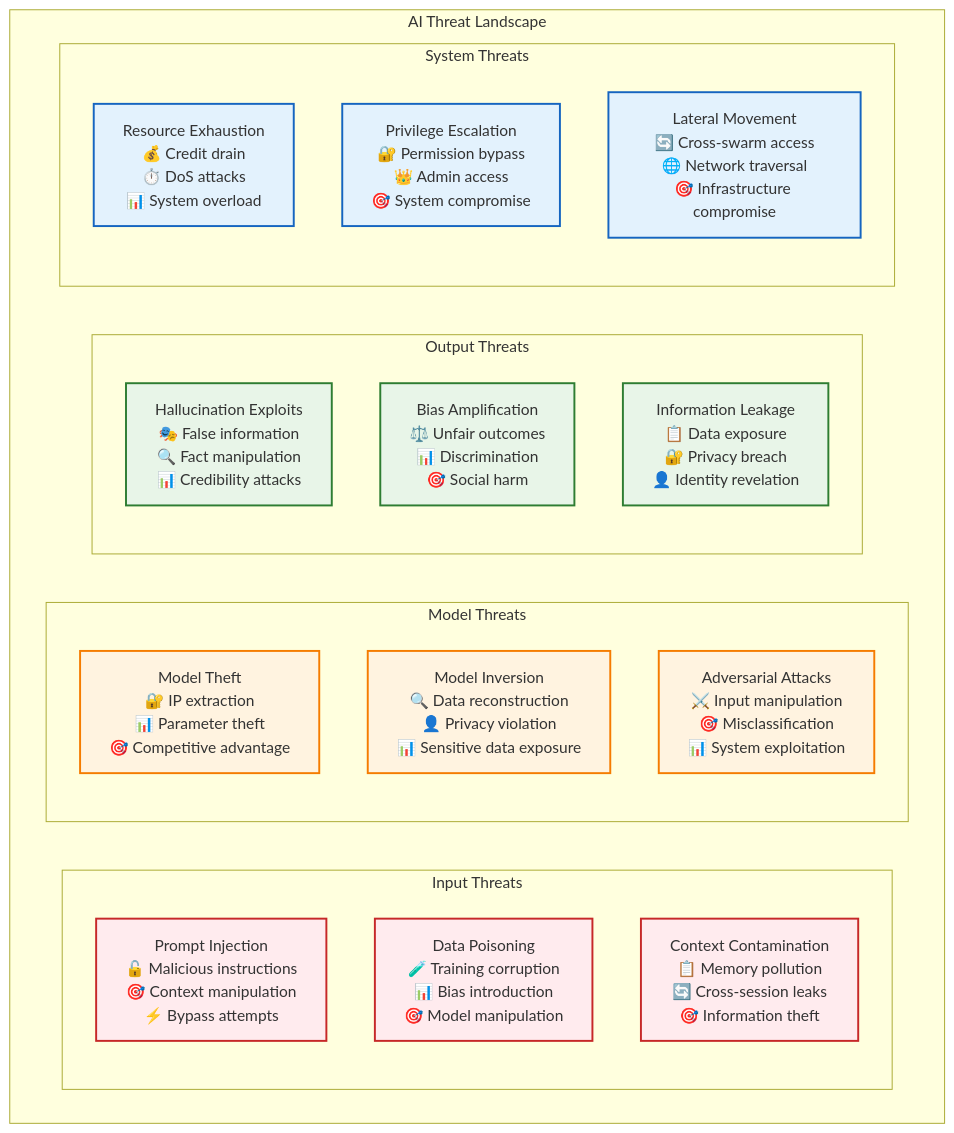
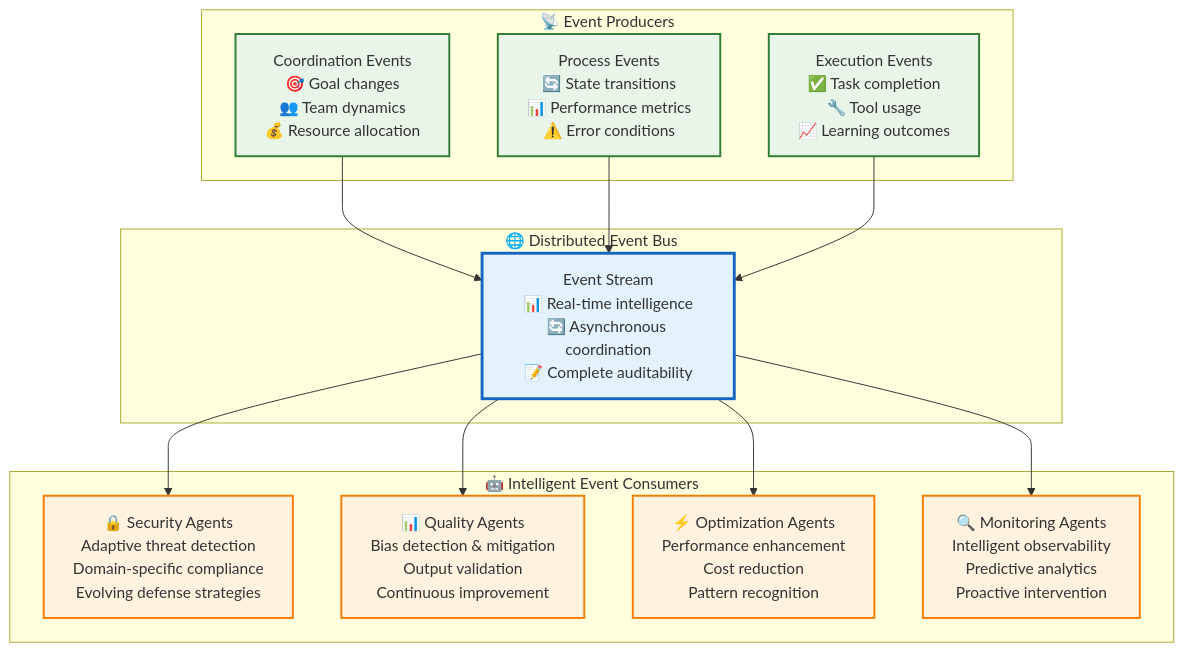
The third of 6 diagrams in docs/architecture/execution/README.md (Vrooli/Vrooli), drawn with Mermaid before and after one commit. The commit also changed other lines of this file and 10 other files, not shown here.

````diff
--- a/docs/architecture/execution/README.md
+++ b/docs/architecture/execution/README.md
@@ -192,38 +85,36 @@
 ```mermaid
 graph TB
-    subgraph "AI Threat Landscape"
-        subgraph "Input Threats"
-            PromptInjection[Prompt Injection<br/>🔓 Malicious instructions<br/>🎯 Context manipulation<br/>⚡ Bypass attempts]
-            DataPoisoning[Data Poisoning<br/>🧪 Training corruption<br/>📊 Bias introduction<br/>🎯 Model manipulation]
-            ContextContamination[Context Contamination<br/>📋 Memory pollution<br/>🔄 Cross-session leaks<br/>🎯 Information theft]
-        end
-        
-        subgraph "Model Threats"
-            ModelTheft[Model Theft<br/>🔐 IP extraction<br/>📊 Parameter theft<br/>🎯 Competitive advantage]
-            ModelInversion[Model Inversion<br/>🔍 Data reconstruction<br/>👤 Privacy violation<br/>📊 Sensitive data exposure]
-            AdversarialAttacks[Adversarial Attacks<br/>⚔️ Input manipulation<br/>🎯 Misclassification<br/>📊 System exploitation]
-        end
-        
-        subgraph "Output Threats"
-            HallucinationExploits[Hallucination Exploits<br/>🎭 False information<br/>🔍 Fact manipulation<br/>📊 Credibility attacks]
-            BiasAmplification[Bias Amplification<br/>⚖️ Unfair outcomes<br/>📊 Discrimination<br/>🎯 Social harm]
-            InformationLeakage[Information Leakage<br/>📋 Data exposure<br/>🔐 Privacy breach<br/>👤 Identity revelation]
-        end
-        
-        subgraph "System Threats"
-            ResourceExhaustion[Resource Exhaustion<br/>💰 Credit drain<br/>⏱️ DoS attacks<br/>📊 System overload]
-            PrivilegeEscalation[Privilege Escalation<br/>🔐 Permission bypass<br/>👑 Admin access<br/>🎯 System compromise]
-            LateralMovement[Lateral Movement<br/>🔄 Cross-swarm access<br/>🌐 Network traversal<br/>🎯 Infrastructure compromise]
-        end
+    subgraph "🌐 Distributed Event Bus"
+        EB[Event Stream<br/>📊 Real-time intelligence<br/>🔄 Asynchronous coordination<br/>📝 Complete auditability]
     end
     
-    classDef inputThreats fill:#ffebee,stroke:#c62828,stroke-width:2px
-    classDef modelThreats fill:#fff3e0,stroke:#f57c00,stroke-width:2px
-    classDef outputThreats fill:#e8f5e8,stroke:#2e7d32,stroke-width:2px
-    classDef systemThreats fill:#e3f2fd,stroke:#1565c0,stroke-width:2px
+    subgraph "📡 Event Producers"
+        EP1[Coordination Events<br/>🎯 Goal changes<br/>👥 Team dynamics<br/>💰 Resource allocation]
+        EP2[Process Events<br/>🔄 State transitions<br/>📊 Performance metrics<br/>⚠️ Error conditions]
+        EP3[Execution Events<br/>✅ Task completion<br/>🔧 Tool usage<br/>📈 Learning outcomes]
+    end
     
-    class PromptInjection,DataPoisoning,ContextContamination inputThreats
-    class ModelTheft,ModelInversion,AdversarialAttacks modelThreats
-    class HallucinationExploits,BiasAmplification,InformationLeakage outputThreats
-    class ResourceExhaustion,PrivilegeEscalation,LateralMovement systemThreats
+    subgraph "🤖 Intelligent Event Consumers"
+        EC1[🔒 Security Agents<br/>Adaptive threat detection<br/>Domain-specific compliance<br/>Evolving defense strategies]
+        EC2[📊 Quality Agents<br/>Bias detection & mitigation<br/>Output validation<br/>Continuous improvement]
+        EC3[⚡ Optimization Agents<br/>Performance enhancement<br/>Cost reduction<br/>Pattern recognition]
+        EC4[🔍 Monitoring Agents<br/>Intelligent observability<br/>Predictive analytics<br/>Proactive intervention]
+    end
+    
+    EP1 --> EB
+    EP2 --> EB
+    EP3 --> EB
+    
+    EB --> EC1
+    EB --> EC2
+    EB --> EC3
+    EB --> EC4
+    
+    classDef eventbus fill:#e3f2fd,stroke:#1565c0,stroke-width:3px
+    classDef producers fill:#e8f5e8,stroke:#2e7d32,stroke-width:2px
+    classDef consumers fill:#fff3e0,stroke:#f57c00,stroke-width:2px
+    
+    class EB eventbus
+    class EP1,EP2,EP3 producers
+    class EC1,EC2,EC3,EC4 consumers
 ```
````
